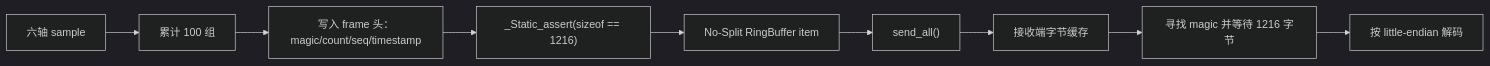
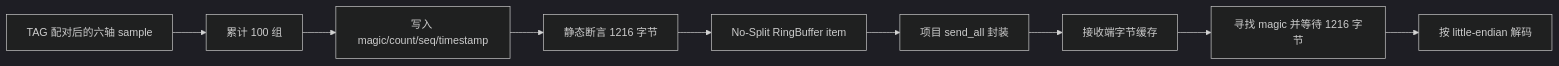
The diagram in wiki/03-Middleware-Drivers/ESP32-S3-IMU/IMU TCP 固定帧.md (Zhaotianhao310/Obsidian-), drawn with Mermaid (dark theme) before and after one commit. The commit also changed other lines of this file and 20 other files, not shown here.

```diff
--- a/wiki/03-Middleware-Drivers/ESP32-S3-IMU/IMU TCP 固定帧.md
+++ b/wiki/03-Middleware-Drivers/ESP32-S3-IMU/IMU TCP 固定帧.md
@@ -9,11 +15,11 @@
 ~~~mermaid
 flowchart LR
-    S["六轴 sample"] --> C["累计 100 组"]
-    C --> H["写入 frame 头：magic/count/seq/timestamp"]
-    H --> A["_Static_assert(sizeof == 1216)"]
+    S["TAG 配对后的六轴 sample"] --> C["累计 100 组"]
+    C --> H["写入 magic/count/seq/timestamp"]
+    H --> A["静态断言 1216 字节"]
     A --> RB["No-Split RingBuffer item"]
-    RB --> SEND["send_all()"]
+    RB --> SEND["项目 send_all 封装"]
     SEND --> RX["接收端字节缓存"]
     RX --> SYNC["寻找 magic 并等待 1216 字节"]
     SYNC --> PARSE["按 little-endian 解码"]
 ~~~
```
